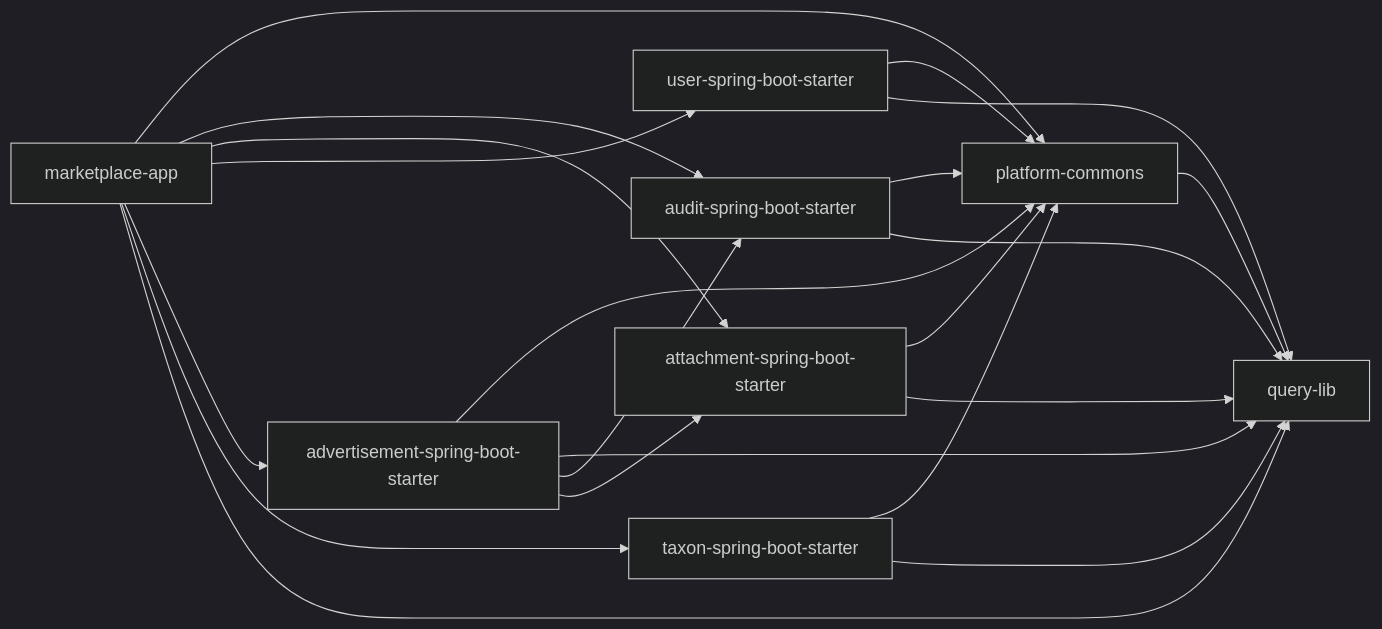
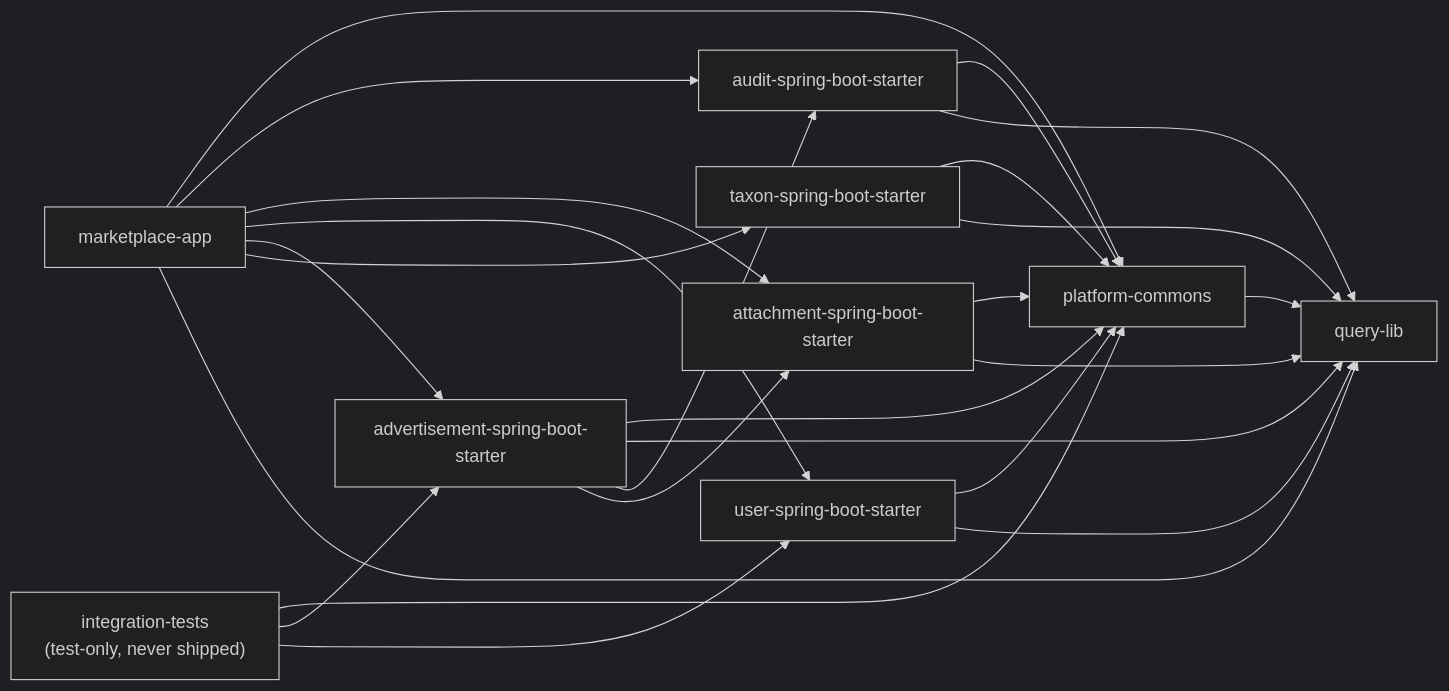
The diagram in docs/architecture/01-module-dependencies.md (OstMutant/Advertisement), drawn with Mermaid (dark theme) before and after one commit. The commit also changed other lines of this file and 17 other files, not shown here.

First line of the commit message:
feat(integration-tests): Batch 1 exemplars, reusable test support, README/DECISIONS, audit-driven issue (improvement-027/045)

````diff
--- a/docs/architecture/01-module-dependencies.md
+++ b/docs/architecture/01-module-dependencies.md
@@ -9,32 +9,36 @@
 ```mermaid
 graph LR
     QL["query-lib"]
     PC["platform-commons"]
     AUD["audit-spring-boot-starter"]
     ATT["attachment-spring-boot-starter"]
     USR["user-spring-boot-starter"]
     ADV["advertisement-spring-boot-starter"]
     TAX["taxon-spring-boot-starter"]
     APP["marketplace-app"]
+    IT["integration-tests<br/>(test-only, never shipped)"]
 
     PC --> QL
     AUD --> PC
     AUD --> QL
     ATT --> PC
     ATT --> QL
     USR --> PC
     USR --> QL
     ADV --> PC
     ADV --> QL
     ADV --> AUD
     ADV --> ATT
     TAX --> PC
     TAX --> QL
     APP --> PC
     APP --> AUD
     APP --> ATT
     APP --> USR
     APP --> ADV
     APP --> TAX
     APP --> QL
+    IT --> PC
+    IT --> ADV
+    IT --> USR
 ```
````
